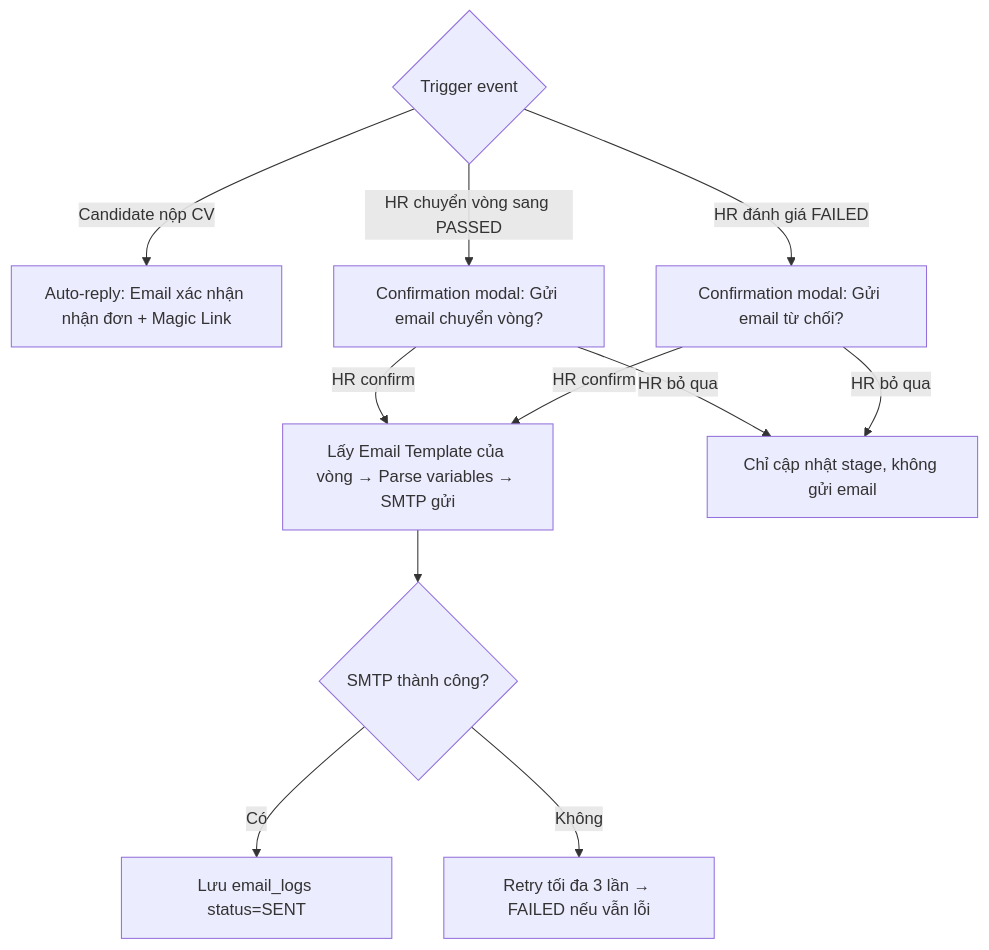
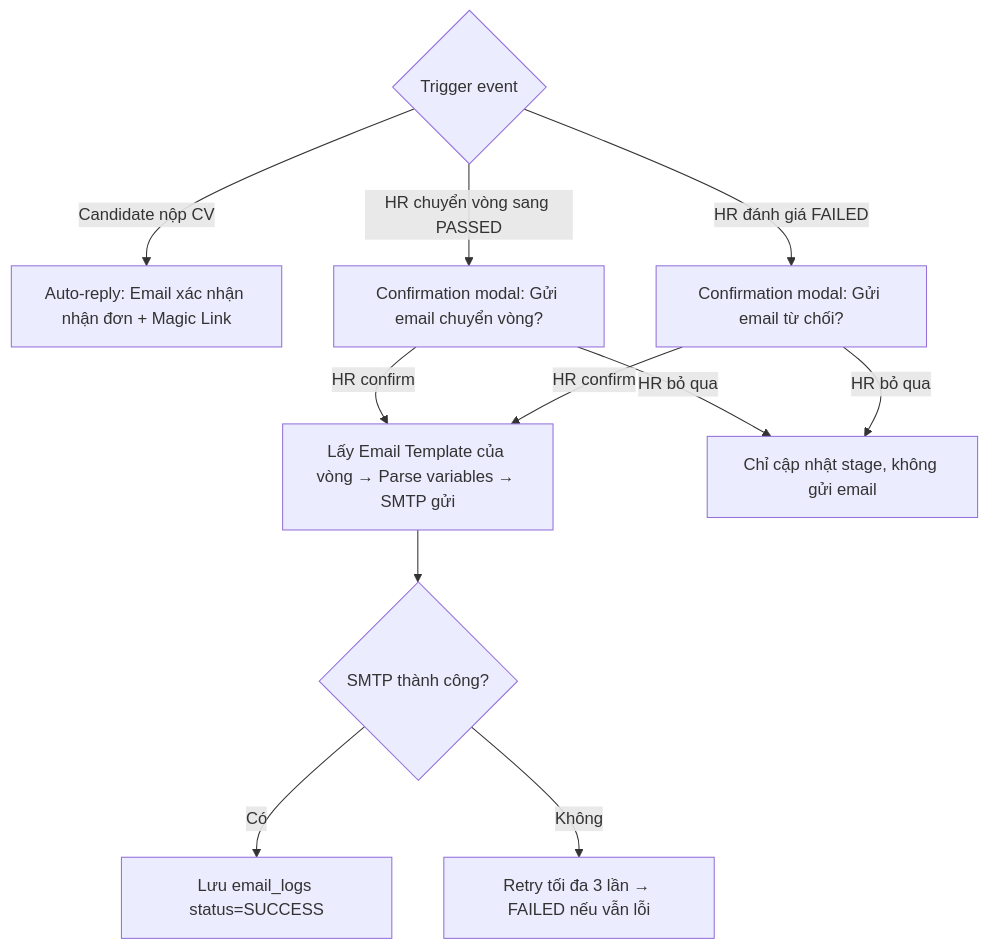
The diagram in nghiep_vu/epic-04_Pipeline_Automation/user-story-17_Email_Automation/user-story.md (VanHaPtit/EasyTech_FE), drawn with Mermaid before and after one commit. The commit also changed other lines of this file and 43 other files, not shown here.

````diff
--- a/nghiep_vu/epic-04_Pipeline_Automation/user-story-17_Email_Automation/user-story.md
+++ b/nghiep_vu/epic-04_Pipeline_Automation/user-story-17_Email_Automation/user-story.md
@@ -11,13 +11,13 @@
 ```mermaid
 graph TD
     A{Trigger event} -- Candidate nộp CV --> B1[Auto-reply: Email xác nhận nhận đơn + Magic Link]
     A -- HR chuyển vòng sang PASSED --> B2[Confirmation modal: Gửi email chuyển vòng?]
     A -- HR đánh giá FAILED --> B3[Confirmation modal: Gửi email từ chối?]
     B2 -- HR confirm --> C[Lấy Email Template của vòng → Parse variables → SMTP gửi]
     B3 -- HR confirm --> C
     B2 -- HR bỏ qua --> D[Chỉ cập nhật stage, không gửi email]
     B3 -- HR bỏ qua --> D
     C --> E{SMTP thành công?}
-    E -- Có --> F[Lưu email_logs status=SENT]
+    E -- Có --> F[Lưu email_logs status=SUCCESS]
     E -- Không --> G[Retry tối đa 3 lần → FAILED nếu vẫn lỗi]
 ```
````
